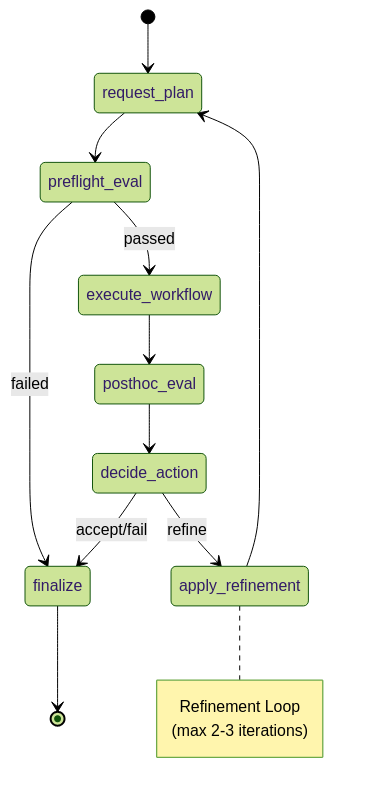
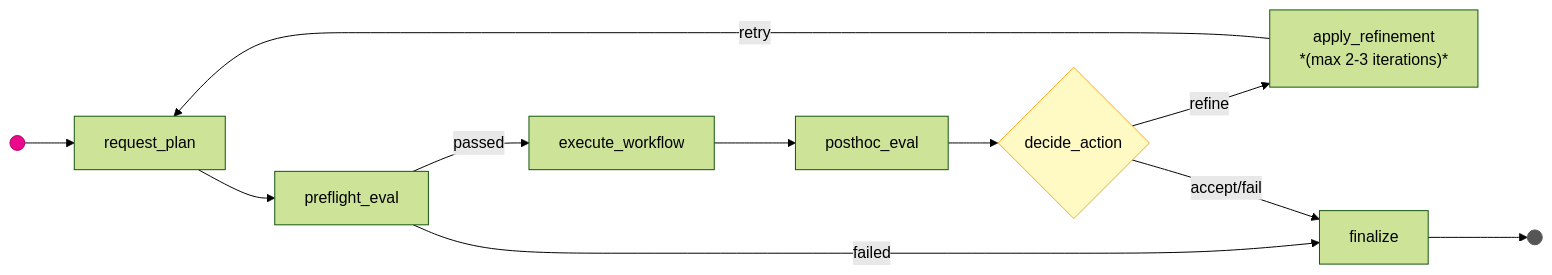
The second of 9 diagrams in docs/architecture.md (aravind-3105/fairsense-agentix), drawn with Mermaid (forest theme) before and after one commit. The commit also changed other lines of this file and 1 other file, not shown here.

First line of the commit message:
docs(architecture): enhance architecture documentation with improved diagram clarity and CSS styling

````diff
--- a/docs/architecture.md
+++ b/docs/architecture.md
@@ -125,18 +130,27 @@
 ```mermaid
-stateDiagram-v2
-    [*] --> request_plan
+flowchart LR
+    S((" ")) --> request_plan
+
+    request_plan["request_plan"]
+    preflight_eval["preflight_eval"]
+    execute_workflow["execute_workflow"]
+    posthoc_eval["posthoc_eval"]
+    decide_action{"decide_action"}
+    apply_refinement["apply_refinement\n*(max 2-3 iterations)*"]
+    finalize["finalize"]
+    E((" "))
+
     request_plan --> preflight_eval
-    preflight_eval --> execute_workflow : passed
-    preflight_eval --> finalize : failed
+    preflight_eval -- "passed" --> execute_workflow
+    preflight_eval -- "failed" --> finalize
     execute_workflow --> posthoc_eval
     posthoc_eval --> decide_action
-    decide_action --> finalize : accept/fail
-    decide_action --> apply_refinement : refine
-    apply_refinement --> request_plan
-    finalize --> [*]
+    decide_action -- "accept/fail" --> finalize
+    decide_action -- "refine" --> apply_refinement
+    apply_refinement -- "retry" --> request_plan
+    finalize --> E
 
-    note right of apply_refinement
-        Refinement Loop
-        (max 2-3 iterations)
-    end note
+    style S fill:#eb088a,stroke:#b00068,color:#fff
+    style E fill:#555,stroke:#555,color:#fff
+    style decide_action fill:#fff9c4,stroke:#f9a825,color:#000
 ```
````
